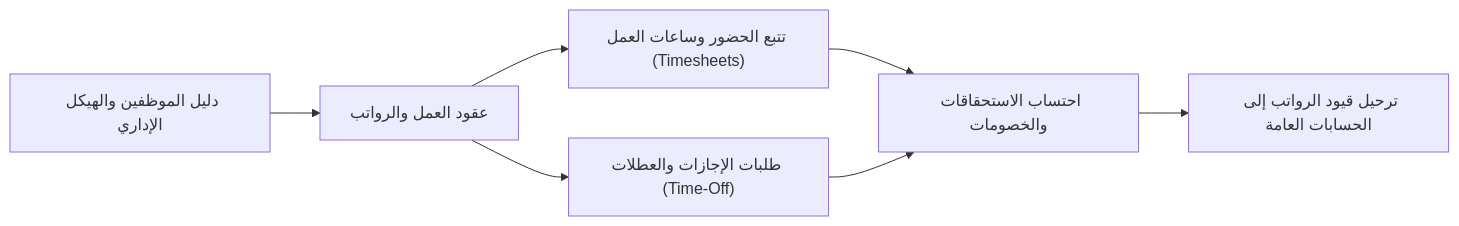
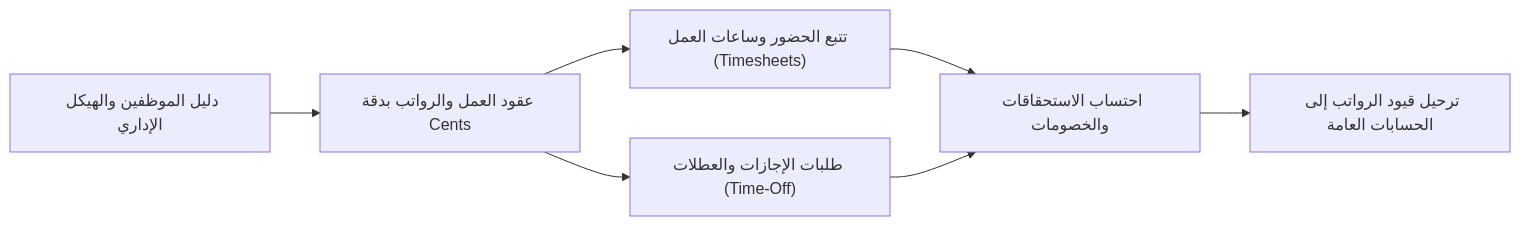
The seventh of 7 diagrams in README.md (Omar-b381/MIZAN-ERP), drawn with Mermaid before and after one commit. The commit also changed other lines of this file, not shown here.

Commit message:
docs: comprehensive update of README with Phase 6 & Phase 7 capabilities, architecture diagrams, and 58 passing tests

````diff
--- a/README.md
+++ b/README.md
@@ -273,8 +286,8 @@
 ```mermaid
 flowchart LR
-    Recruit["دليل الموظفين والهيكل الإداري"] --> Contract["عقود العمل والرواتب"]
+    Recruit["دليل الموظفين والهيكل الإداري"] --> Contract["عقود العمل والرواتب بدقة Cents"]
     Contract --> Track["تتبع الحضور وساعات العمل (Timesheets)"]
     Contract --> Leave["طلبات الإجازات والعطلات (Time-Off)"]
     Track & Leave --> PayrollCalc["احتساب الاستحقاقات والخصومات"]
     PayrollCalc --> GL_Post["ترحيل قيود الرواتب إلى الحسابات العامة"]
 ```
````
